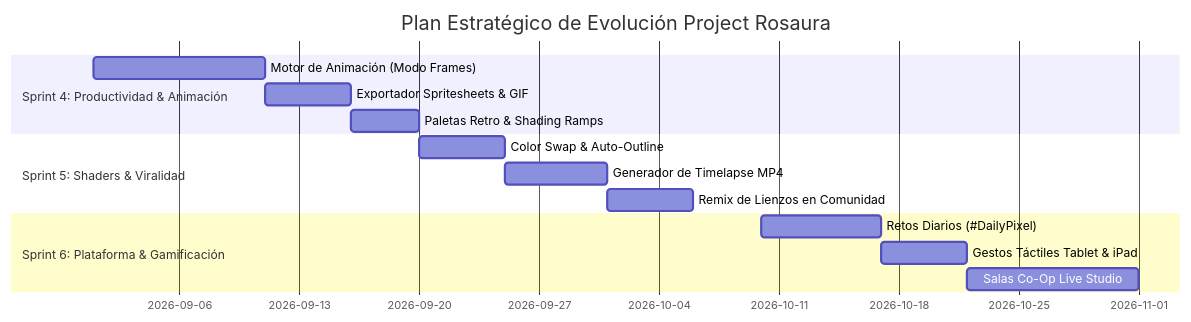
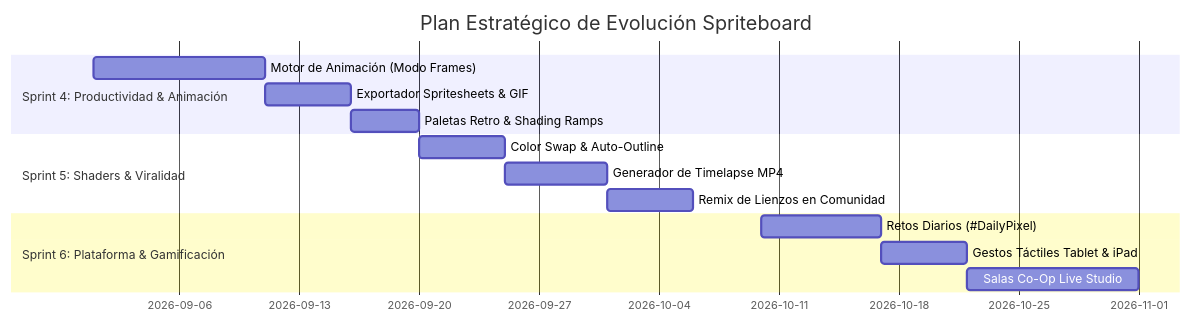
One commit to JorgeOrtega-ux/ProjectRosaura changed the diagram in docs/proposals_roadmap.md. Above: the diagram before and after it, drawn with Mermaid. The commit also changed other lines of this file and 59 other files, not shown here.

````diff
--- a/docs/proposals_roadmap.md
+++ b/docs/proposals_roadmap.md
@@ -142,17 +142,17 @@
 ```mermaid
 gantt
-    title Plan Estratégico de Evolución Project Rosaura
+    title Plan Estratégico de Evolución Spriteboard
     dateFormat  YYYY-MM-DD
     section Sprint 4: Productividad & Animación
     Motor de Animación (Modo Frames)     :a1, 2026-09-01, 10d
     Exportador Spritesheets & GIF         :a2, after a1, 5d
     Paletas Retro & Shading Ramps        :a3, after a2, 4d
     section Sprint 5: Shaders & Viralidad
     Color Swap & Auto-Outline            :b1, 2026-09-20, 5d
     Generador de Timelapse MP4           :b2, after b1, 6d
     Remix de Lienzos en Comunidad        :b3, after b2, 5d
     section Sprint 6: Plataforma & Gamificación
     Retos Diarios (#DailyPixel)          :c1, 2026-10-10, 7d
     Gestos Táctiles Tablet & iPad        :c2, after c1, 5d
     Salas Co-Op Live Studio              :c3, after c2, 10d
 ```
````
